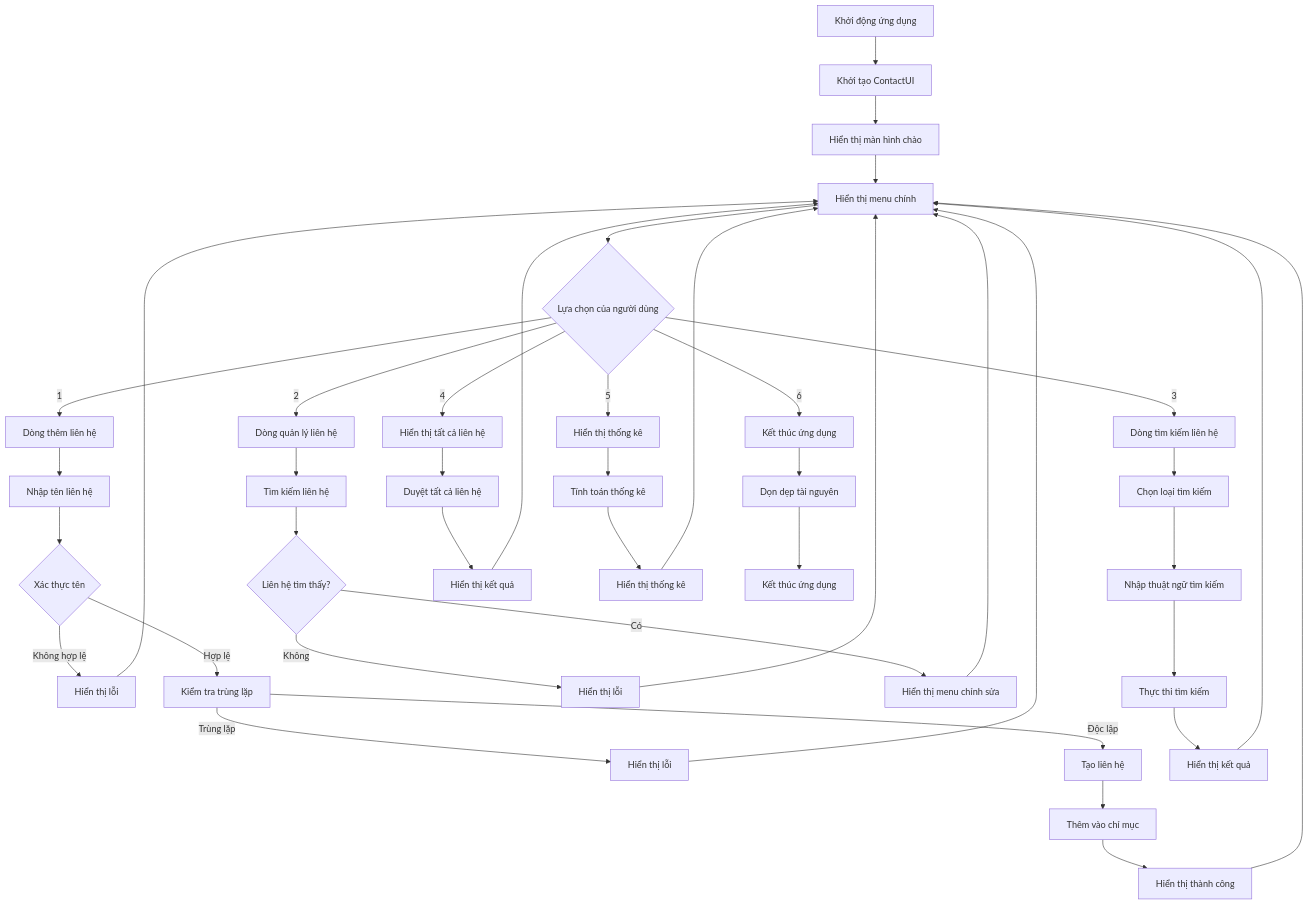
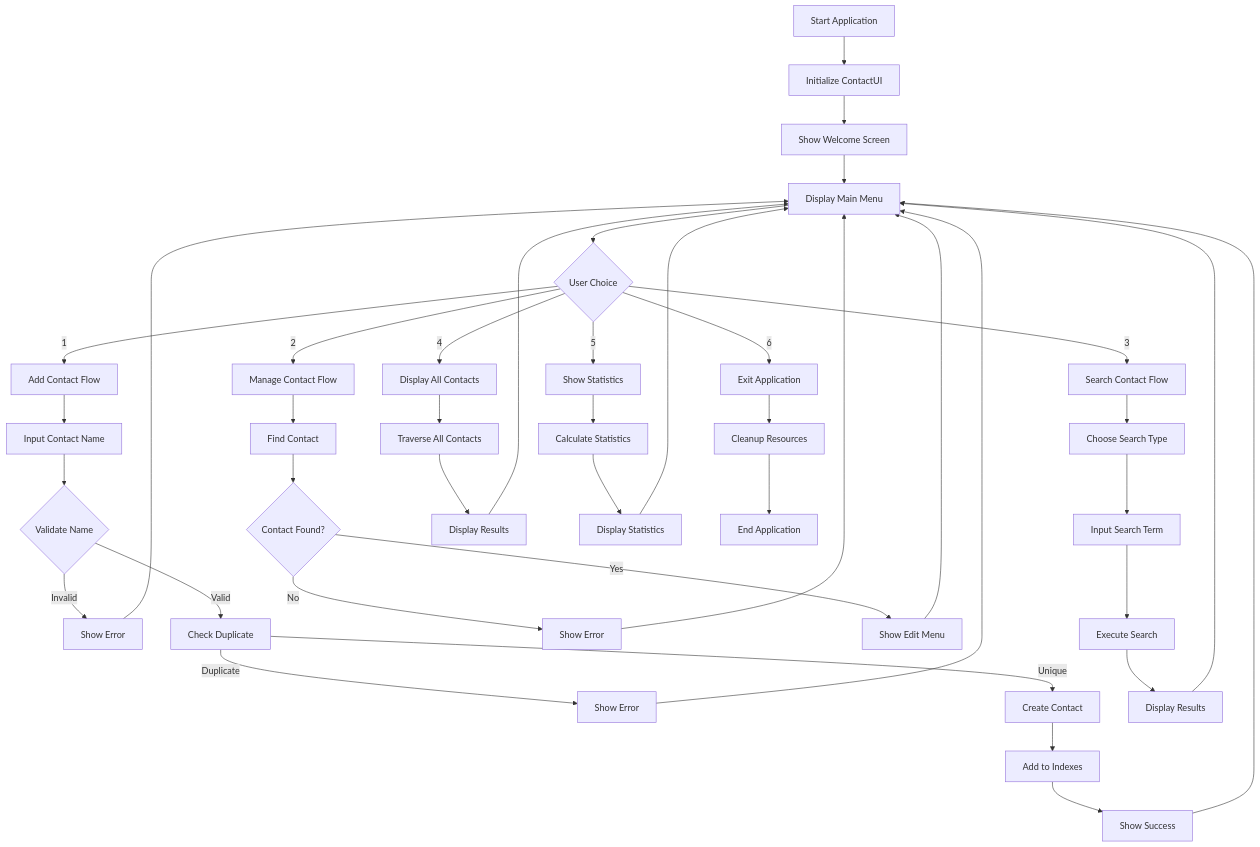
Diagram 11 of 15 in docs/UML_Documentation_Improved.md (TaiLoiZzzz/DSA_PROJECT), drawn with Mermaid before and after one commit. The commit also changed other lines of this file, not shown here.

````diff
--- a/docs/UML_Documentation_Improved.md
+++ b/docs/UML_Documentation_Improved.md
@@ -536,51 +537,51 @@
 ```mermaid
 flowchart TD
-    A[Khởi động ứng dụng] --> B[Khởi tạo ContactUI]
-    B --> C[Hiển thị màn hình chào]
-    C --> D[Hiển thị menu chính]
-    D --> E{Lựa chọn của người dùng}
+    A[Start Application] --> B[Initialize ContactUI]
+    B --> C[Show Welcome Screen]
+    C --> D[Display Main Menu]
+    D --> E{User Choice}
     
-    E -->|1| F[Dòng thêm liên hệ]
-    E -->|2| G[Dòng quản lý liên hệ]
-    E -->|3| H[Dòng tìm kiếm liên hệ]
-    E -->|4| I[Hiển thị tất cả liên hệ]
-    E -->|5| J[Hiển thị thống kê]
-    E -->|6| K[Kết thúc ứng dụng]
+    E -->|1| F[Add Contact Flow]
+    E -->|2| G[Manage Contact Flow]
+    E -->|3| H[Search Contact Flow]
+    E -->|4| I[Display All Contacts]
+    E -->|5| J[Show Statistics]
+    E -->|6| K[Exit Application]
     
-    F --> L[Nhập tên liên hệ]
-    L --> M{Xác thực tên}
-    M -->|Không hợp lệ| N[Hiển thị lỗi]
-    M -->|Hợp lệ| O[Kiểm tra trùng lặp]
-    O -->|Trùng lặp| P[Hiển thị lỗi]
-    O -->|Độc lập| Q[Tạo liên hệ]
-    Q --> R[Thêm vào chỉ mục]
-    R --> S[Hiển thị thành công]
+    F --> L[Input Contact Name]
+    L --> M{Validate Name}
+    M -->|Invalid| N[Show Error]
+    M -->|Valid| O[Check Duplicate]
+    O -->|Duplicate| P[Show Error]
+    O -->|Unique| Q[Create Contact]
+    Q --> R[Add to Indexes]
+    R --> S[Show Success]
     
-    G --> T[Tìm kiếm liên hệ]
-    T --> U{Liên hệ tìm thấy?}
-    U -->|Không| V[Hiển thị lỗi]
-    U -->|Có| W[Hiển thị menu chỉnh sửa]
+    G --> T[Find Contact]
+    T --> U{Contact Found?}
+    U -->|No| V[Show Error]
+    U -->|Yes| W[Show Edit Menu]
     
-    H --> X[Chọn loại tìm kiếm]
-    X --> Y[Nhập thuật ngữ tìm kiếm]
-    Y --> Z[Thực thi tìm kiếm]
-    Z --> AA[Hiển thị kết quả]
+    H --> X[Choose Search Type]
+    X --> Y[Input Search Term]
+    Y --> Z[Execute Search]
+    Z --> AA[Display Results]
     
-    I --> BB[Duyệt tất cả liên hệ]
-    BB --> CC[Hiển thị kết quả]
+    I --> BB[Traverse All Contacts]
+    BB --> CC[Display Results]
     
-    J --> DD[Tính toán thống kê]
-    DD --> EE[Hiển thị thống kê]
+    J --> DD[Calculate Statistics]
+    DD --> EE[Display Statistics]
     
     N --> D
     P --> D
     S --> D
     V --> D
     W --> D
     AA --> D
     CC --> D
     EE --> D
     
-    K --> FF[Dọn dẹp tài nguyên]
-    FF --> GG[Kết thúc ứng dụng]
+    K --> FF[Cleanup Resources]
+    FF --> GG[End Application]
 ```
````
